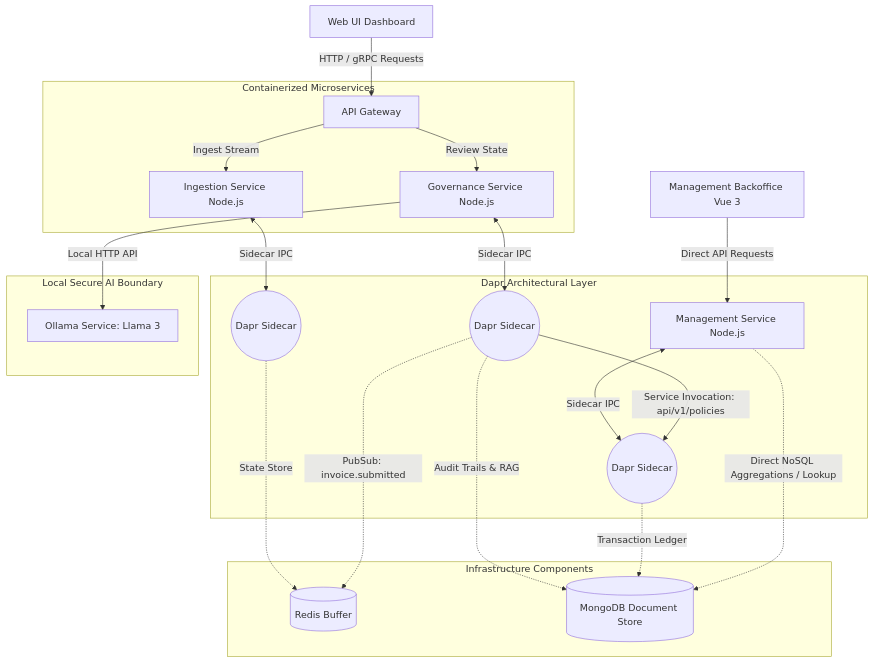
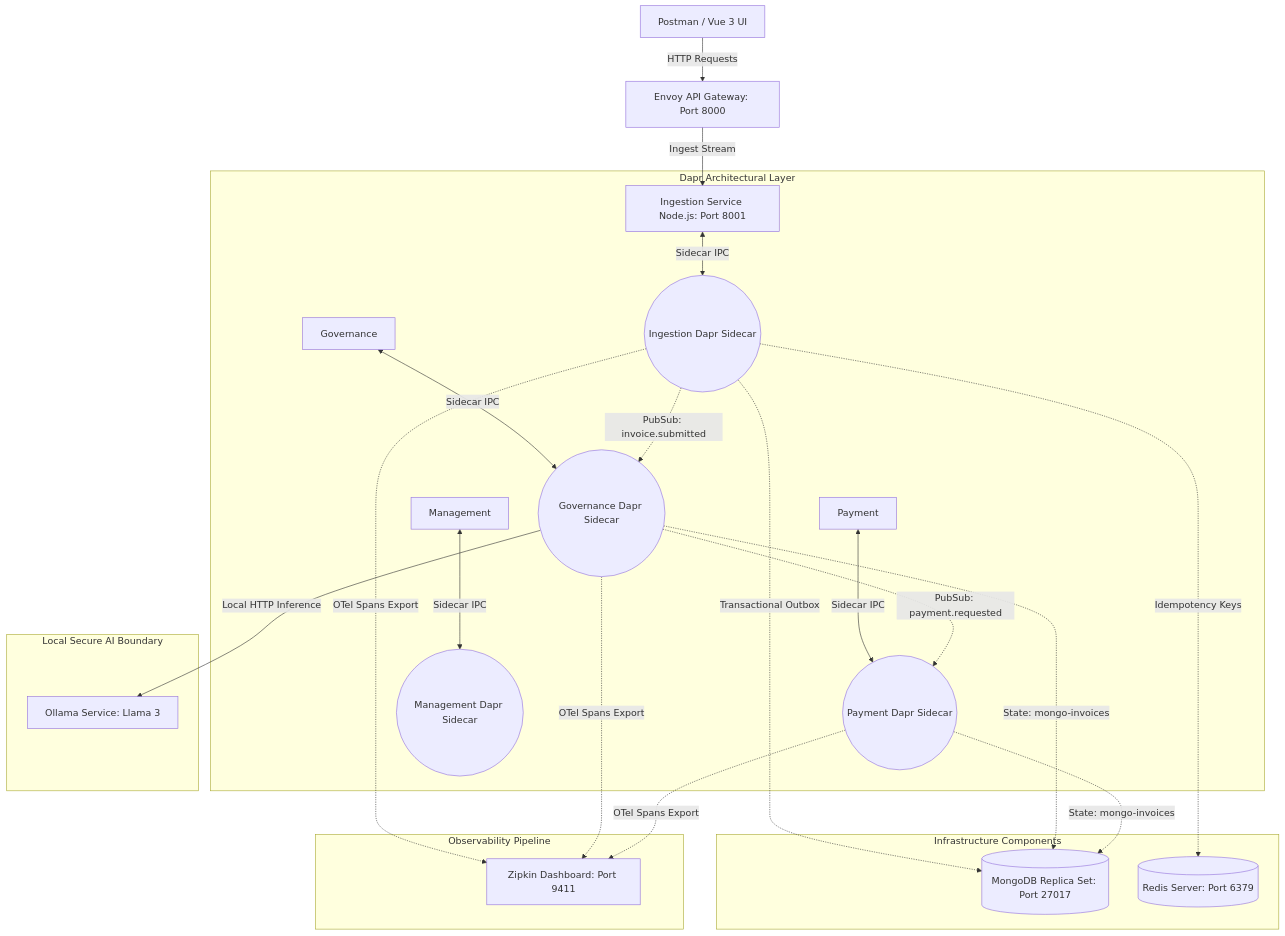
Before and after one commit to roman-shneer/InvoiceApprovalFlow: the first of 4 diagrams in docs/ARCHITECTURE.md, drawn with Mermaid. The commit also changed other lines of this file, not shown here.

Commit message:
docs(architecture): completely overhaul system specifications diagrams and limits to reflect opentelemetry and gateway filters implementations

````diff
--- a/docs/ARCHITECTURE.md
+++ b/docs/ARCHITECTURE.md
@@ -22,29 +22,31 @@
 ```mermaid
 graph TD
-    Client[Web UI Dashboard] -->|HTTP / gRPC Requests| Gateway[API Gateway]
-    ManagerUI[Management Backoffice Vue 3] -->|Direct API Requests| Management[Management Service Node.js]
+    Client[Postman / Vue 3 UI] -->|HTTP Requests| Envoy[Envoy API Gateway: Port 8000]
+    Envoy -->|Ingest Stream| Ingestion[Ingestion Service Node.js: Port 8001]
     
-    subgraph Containerized Microservices
-        Gateway -->|Ingest Stream| Ingestion[Ingestion Service Node.js]
-        Gateway -->|Review State| Governance[Governance Service Node.js]
-    end
-
     subgraph Dapr Architectural Layer
-        Ingestion <-->|Sidecar IPC| Dapr1((Dapr Sidecar))
-        Governance <-->|Sidecar IPC| Dapr2((Dapr Sidecar))
-        Management <-->|Sidecar IPC| Dapr3((Dapr Sidecar))
+        Ingestion <-->|Sidecar IPC| Dapr1((Ingestion Dapr Sidecar))
+        Governance <-->|Sidecar IPC| Dapr2((Governance Dapr Sidecar))
+        Payment <-->|Sidecar IPC| Dapr3((Payment Dapr Sidecar))
+        Management <-->|Sidecar IPC| Dapr4((Management Dapr Sidecar))
     end
 
     subgraph Infrastructure Components
-        Dapr1 -.->|State Store| Redis[(Redis Buffer)]
-        Dapr2 -.->|PubSub: invoice.submitted| Redis
-        Dapr2 -->|Service Invocation: api/v1/policies| Dapr3
-        Dapr2 -.->|Audit Trails & RAG| DB[(MongoDB Document Store)]
-        Dapr3 -.->|Transaction Ledger| DB
-        Management -.->|Direct NoSQL Aggregations / Lookup| DB
+        Dapr1 -.->|Transactional Outbox| DB[(MongoDB Replica Set: Port 27017)]
+        Dapr1 -.->|Idempotency Keys| Redis[(Redis Server: Port 6379)]
+        Dapr1 -.->|PubSub: invoice.submitted| Dapr2
+        Dapr2 -.->|PubSub: payment.requested| Dapr3
+        Dapr2 -.->|State: mongo-invoices| DB
+        Dapr3 -.->|State: mongo-invoices| DB
     end
 
     subgraph Local Secure AI Boundary
-        Governance -->|Local HTTP API| Ollama[Ollama Service: Llama 3]
+        Dapr2 -->|Local HTTP Inference| Ollama[Ollama Service: Llama 3]
+    end
+
+    subgraph Observability Pipeline
+        Dapr1 -.->|OTel Spans Export| Zipkin[Zipkin Dashboard: Port 9411]
+        Dapr2 -.->|OTel Spans Export| Zipkin
+        Dapr3 -.->|OTel Spans Export| Zipkin
     end
 ```
````
